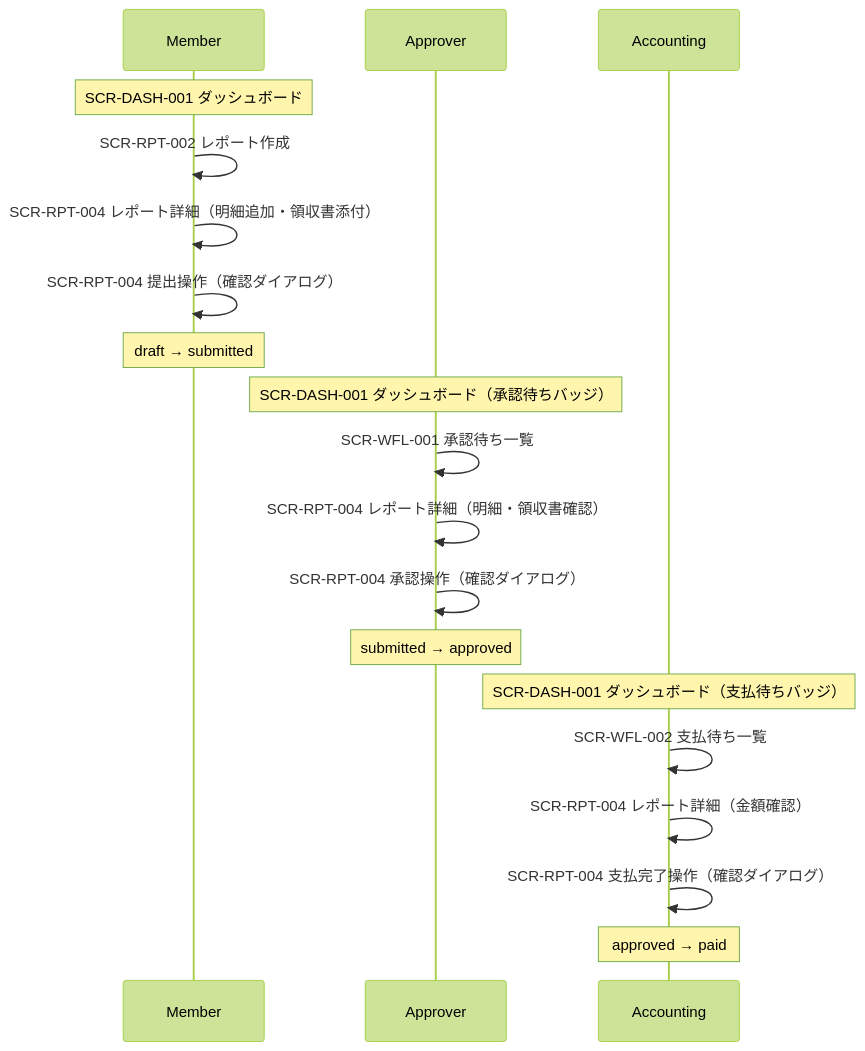
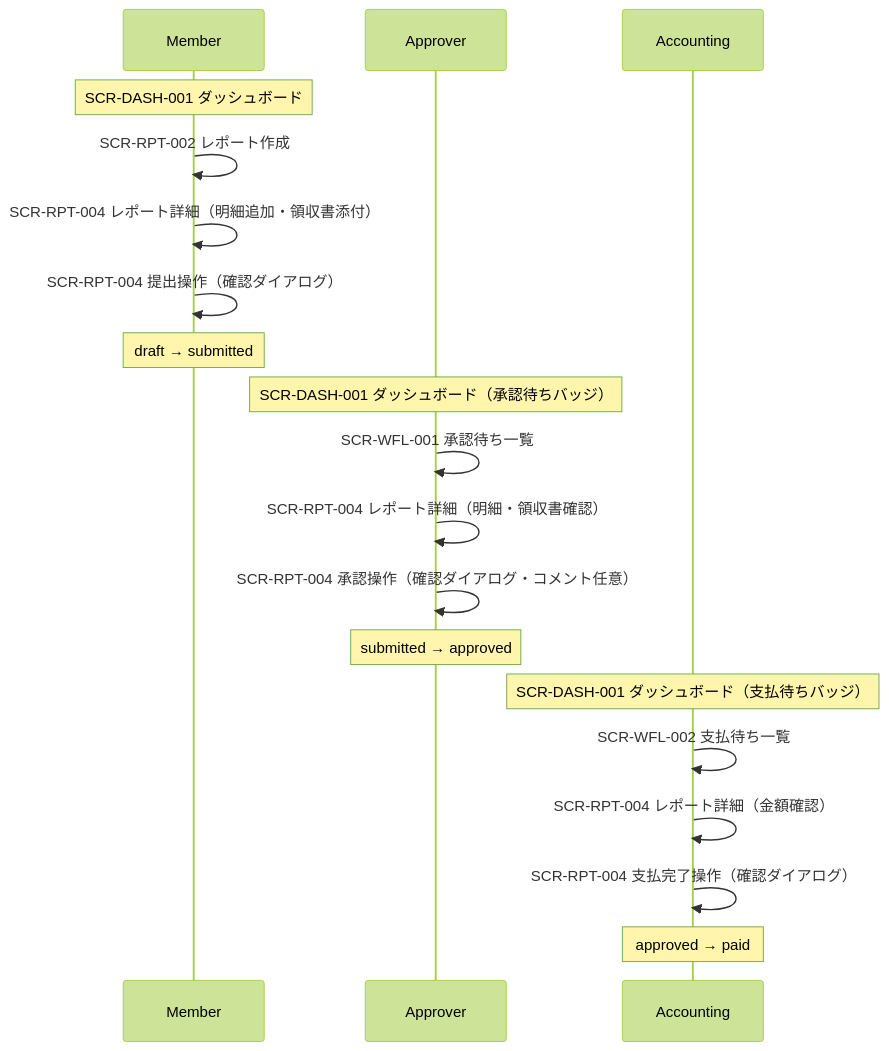
One commit to atsuro128/dev-journal changed the sixth of 8 diagrams in deliverables/docs/40_basic_design/ui_flow.md. Above: the diagram before and after it, drawn with Mermaid (forest theme). The commit also changed other lines of this file and 8 other files, not shown here.

````diff
--- a/deliverables/docs/40_basic_design/ui_flow.md
+++ b/deliverables/docs/40_basic_design/ui_flow.md
@@ -246,24 +248,24 @@
 ```mermaid
 sequenceDiagram
     participant M as Member
     participant A as Approver
     participant AC as Accounting
 
     Note over M: SCR-DASH-001 ダッシュボード
     M->>M: SCR-RPT-002 レポート作成
     M->>M: SCR-RPT-004 レポート詳細（明細追加・領収書添付）
     M->>M: SCR-RPT-004 提出操作（確認ダイアログ）
     Note over M: draft → submitted
 
     Note over A: SCR-DASH-001 ダッシュボード（承認待ちバッジ）
     A->>A: SCR-WFL-001 承認待ち一覧
     A->>A: SCR-RPT-004 レポート詳細（明細・領収書確認）
-    A->>A: SCR-RPT-004 承認操作（確認ダイアログ）
+    A->>A: SCR-RPT-004 承認操作（確認ダイアログ・コメント任意）
     Note over A: submitted → approved
 
     Note over AC: SCR-DASH-001 ダッシュボード（支払待ちバッジ）
     AC->>AC: SCR-WFL-002 支払待ち一覧
     AC->>AC: SCR-RPT-004 レポート詳細（金額確認）
     AC->>AC: SCR-RPT-004 支払完了操作（確認ダイアログ）
     Note over AC: approved → paid
 ```
````
